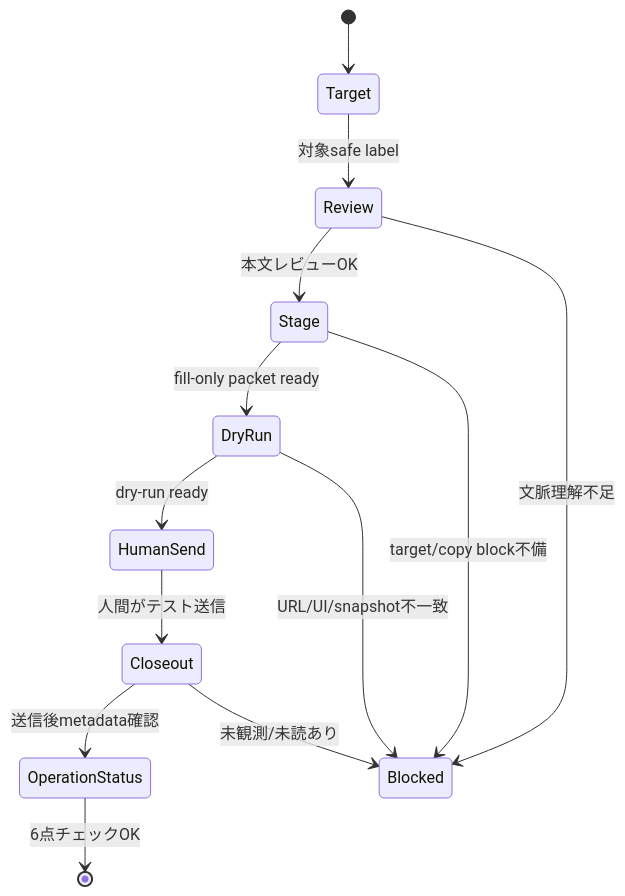
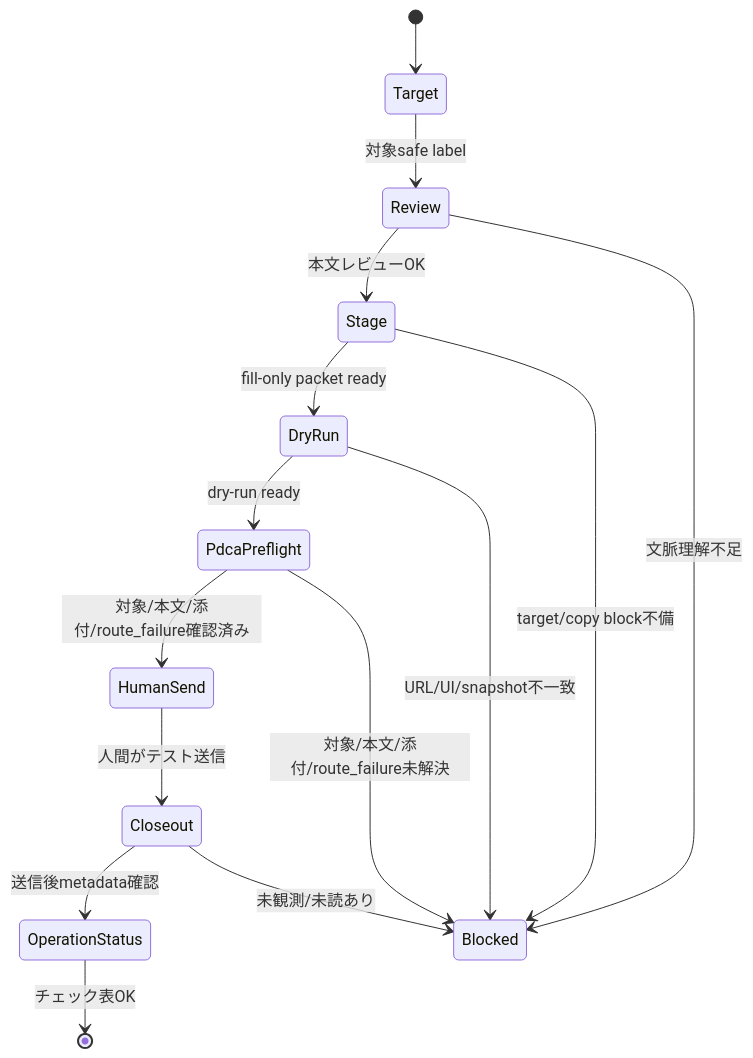
One commit to nexus-ai-2045/discord-context-bridge changed the second of 2 diagrams in README.md. Above: the diagram before and after it, drawn with Mermaid. The commit also changed other lines of this file and 9 other files, not shown here.

Commit message:
Add send PDCA preflight smoke (#22)

````diff
--- a/README.md
+++ b/README.md
@@ -90,16 +91,18 @@
 ```mermaid
 stateDiagram-v2
   [*] --> Target
   Target --> Review: 対象safe label
   Review --> Stage: 本文レビューOK
   Stage --> DryRun: fill-only packet ready
-  DryRun --> HumanSend: dry-run ready
+  DryRun --> PdcaPreflight: dry-run ready
+  PdcaPreflight --> HumanSend: 対象/本文/添付/route_failure確認済み
   HumanSend --> Closeout: 人間がテスト送信
   Closeout --> OperationStatus: 送信後metadata確認
-  OperationStatus --> [*]: 6点チェックOK
+  OperationStatus --> [*]: チェック表OK
 
   Review --> Blocked: 文脈理解不足
   Stage --> Blocked: target/copy block不備
   DryRun --> Blocked: URL/UI/snapshot不一致
+  PdcaPreflight --> Blocked: 対象/本文/添付/route_failure未解決
   Closeout --> Blocked: 未観測/未読あり
 ```
````
